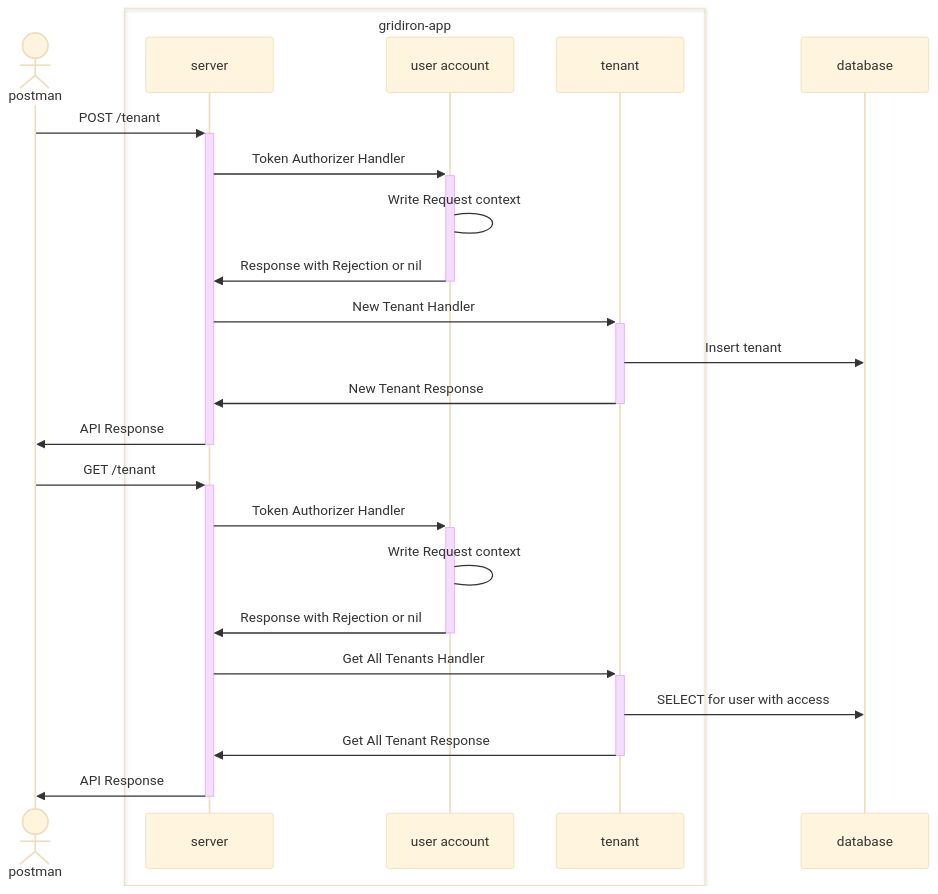
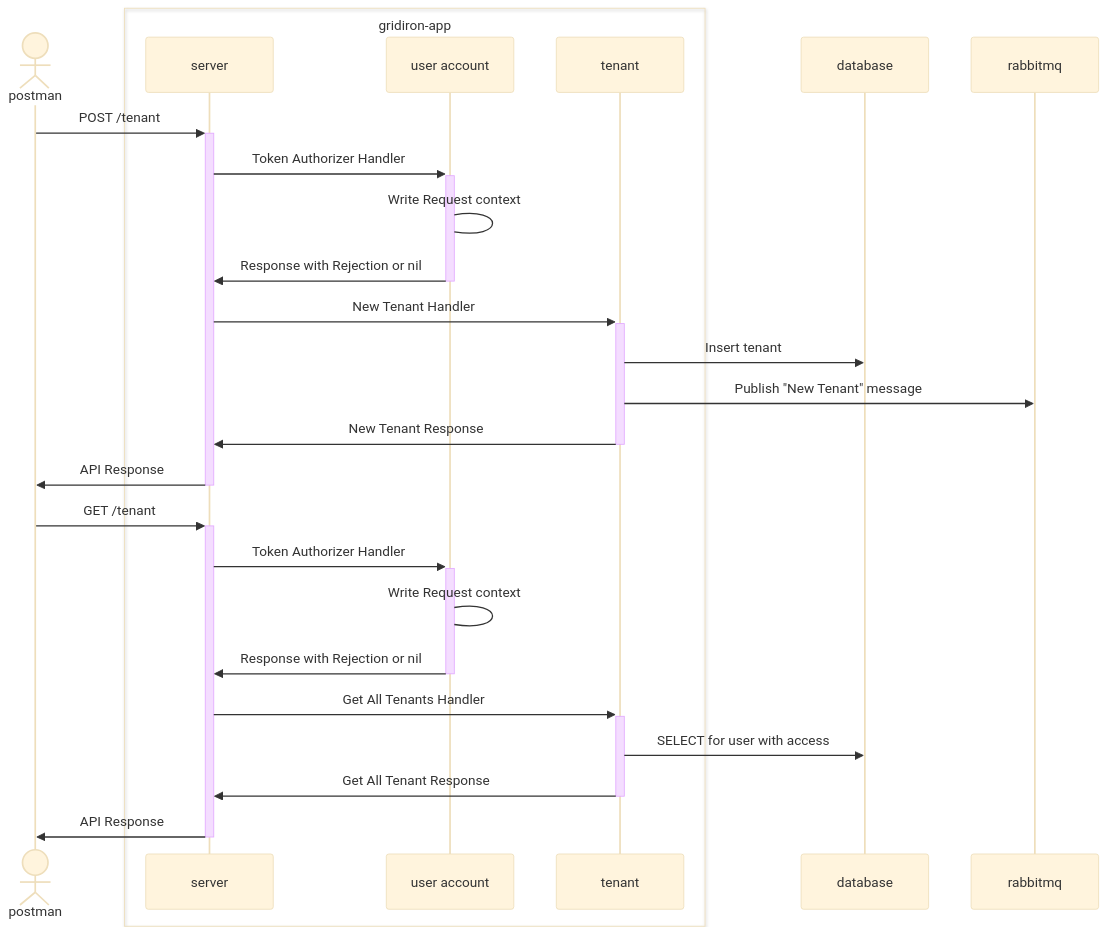
One commit to ccthomas/gridiron changed the fourth of 5 diagrams in docs/TECHNICAL_DESIGN.md. Above: the diagram before and after it, drawn with Mermaid (base theme). The commit also changed other lines of this file and 21 other files, not shown here.

````diff
--- a/docs/TECHNICAL_DESIGN.md
+++ b/docs/TECHNICAL_DESIGN.md
@@ -306,27 +314,29 @@
 ```mermaid
 sequenceDiagram
     actor postman
     box gridiron-app
     participant server
     participant user account
     participant tenant
     end
+  
     postman->>+server: POST /tenant
     server->>+user account: Token Authorizer Handler
     user account->user account: Write Request context
     user account->>-server: Response with Rejection or nil
     server->>+tenant: New Tenant Handler
     tenant->>database: Insert tenant
+    tenant->>rabbitmq: Publish "New Tenant" message
     tenant->>-server: New Tenant Response
     server->>-postman: API Response
 
     postman->>+server: GET /tenant
     server->>+user account: Token Authorizer Handler
     user account->user account: Write Request context
     user account->>-server: Response with Rejection or nil
     server->>+tenant: Get All Tenants Handler
     tenant->>database: SELECT for user with access
     tenant->>-server: Get All Tenant Response
     server->>-postman: API Response
 
 ```
````
